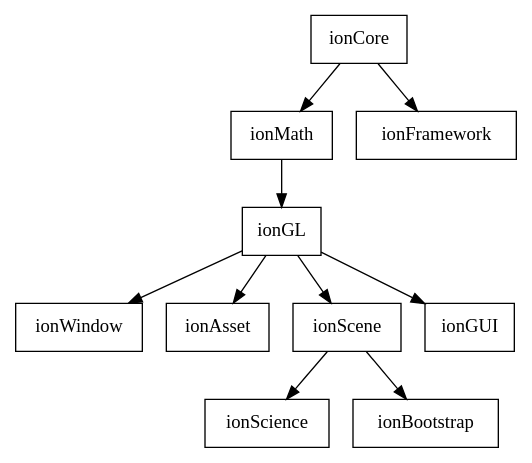
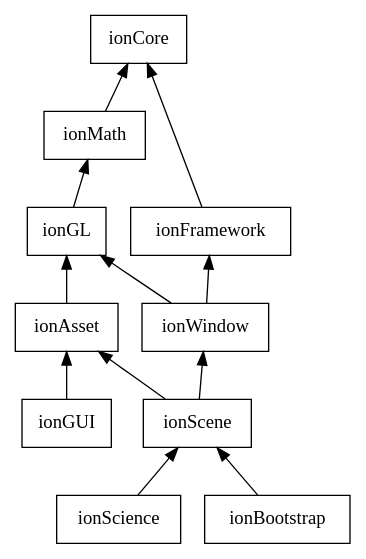
One commit to iondune/ionEngine changed the diagram in Documentation/Dot/ModuleDependencies.dot. Above: the diagram before and after it, drawn with Graphviz.

Commit message:
Update modules dependencies diagram

```diff
--- a/Documentation/Dot/ModuleDependencies.dot
+++ b/Documentation/Dot/ModuleDependencies.dot
@@ -1,14 +1,23 @@
 digraph graphname {
     node [shape=box];
     ionGL [URL="moduleGL.html"];
     ionCore [URL="moduleCore.html"];
-    ionCore -> ionMath;
-    ionCore -> ionFramework;
-    ionMath -> ionGL;
-    ionGL -> ionWindow;
-    ionGL -> ionAsset;
-    ionGL -> ionScene;
-    ionGL -> ionGUI;
-    ionScene -> ionScience;
-    ionScene -> ionBootstrap;
+
+    ionCore -> ionMath          [dir="back"];
+    ionCore -> ionFramework     [dir="back"];
+
+    ionFramework -> ionWindow   [dir="back"];
+
+    ionMath -> ionGL            [dir="back"];
+
+    ionGL -> ionWindow          [dir="back"];
+    ionGL -> ionAsset           [dir="back"];
+
+    ionWindow -> ionScene       [dir="back"];
+
+    ionAsset -> ionScene        [dir="back"];
+    ionAsset -> ionGUI          [dir="back"];
+
+    ionScene -> ionScience      [dir="back"];
+    ionScene -> ionBootstrap    [dir="back"];
 }
```
